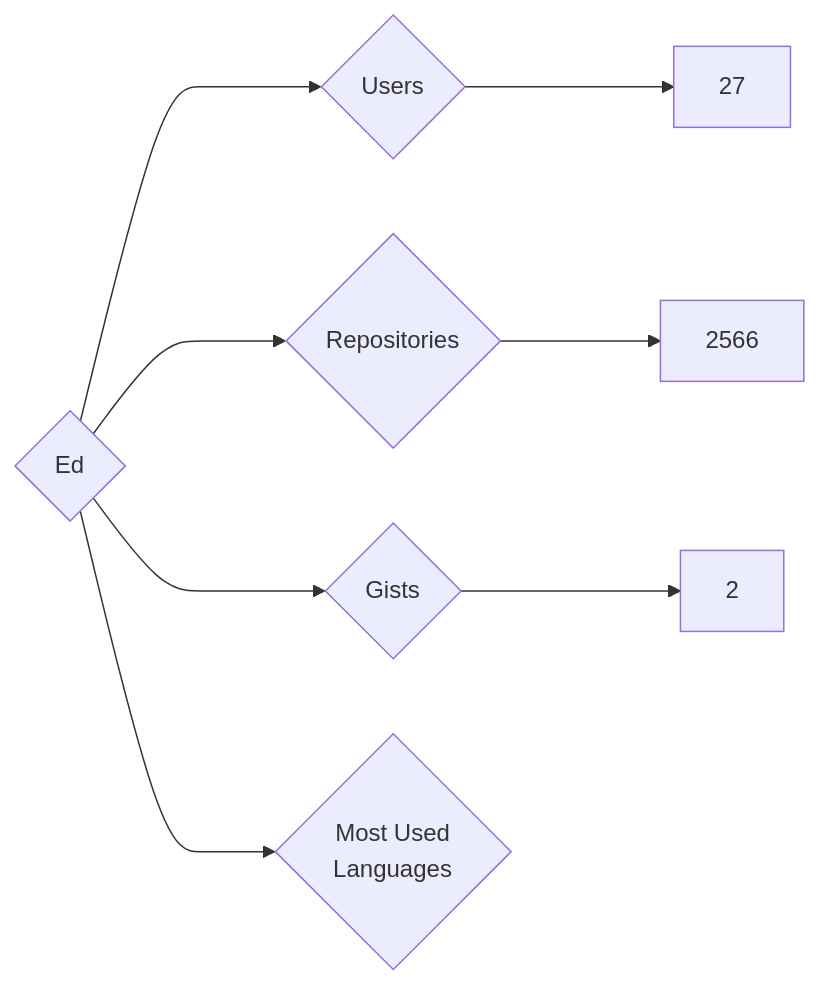
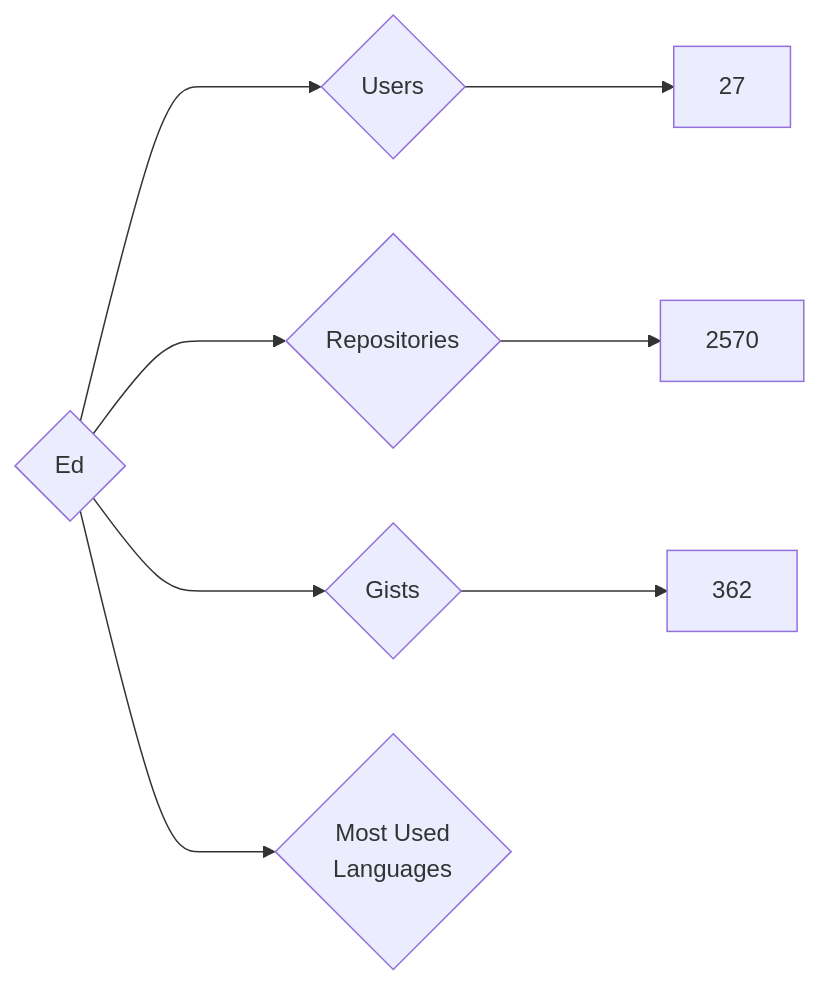
Before and after one commit to nenadzaric/insiders: the diagram in targets/Ed/README.md, drawn with Mermaid. The commit also changed 1342 other files, not shown here.

````diff
--- a/targets/Ed/README.md
+++ b/targets/Ed/README.md
@@ -3,8 +3,8 @@
 ```mermaid
 graph LR
 COMPANY_NAME{Ed}
 COMPANY_NAME ---> U{Users} ---> UN[27]
-COMPANY_NAME ---> R{Repositories} ---> RN[2566]
-COMPANY_NAME ---> G{Gists} ---> GN[2]
+COMPANY_NAME ---> R{Repositories} ---> RN[2570]
+COMPANY_NAME ---> G{Gists} ---> GN[362]
 COMPANY_NAME ---> ML{Most Used<br>Languages}
 ```
````
